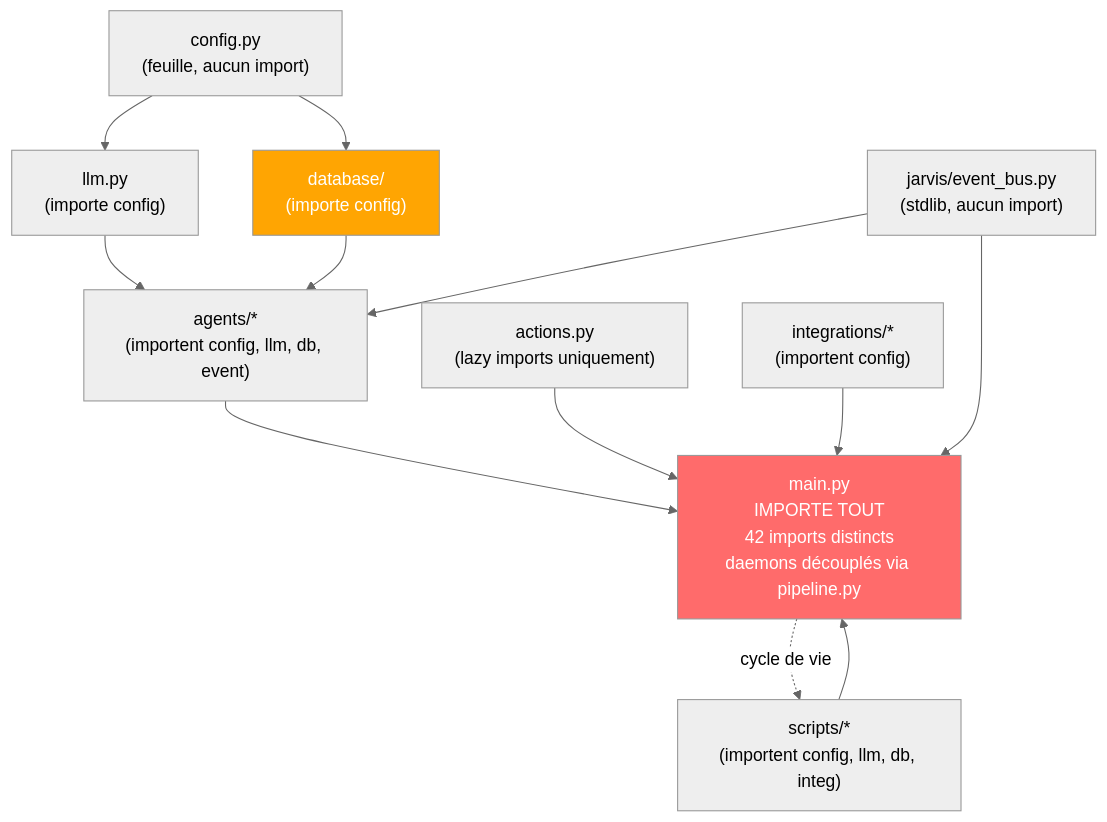
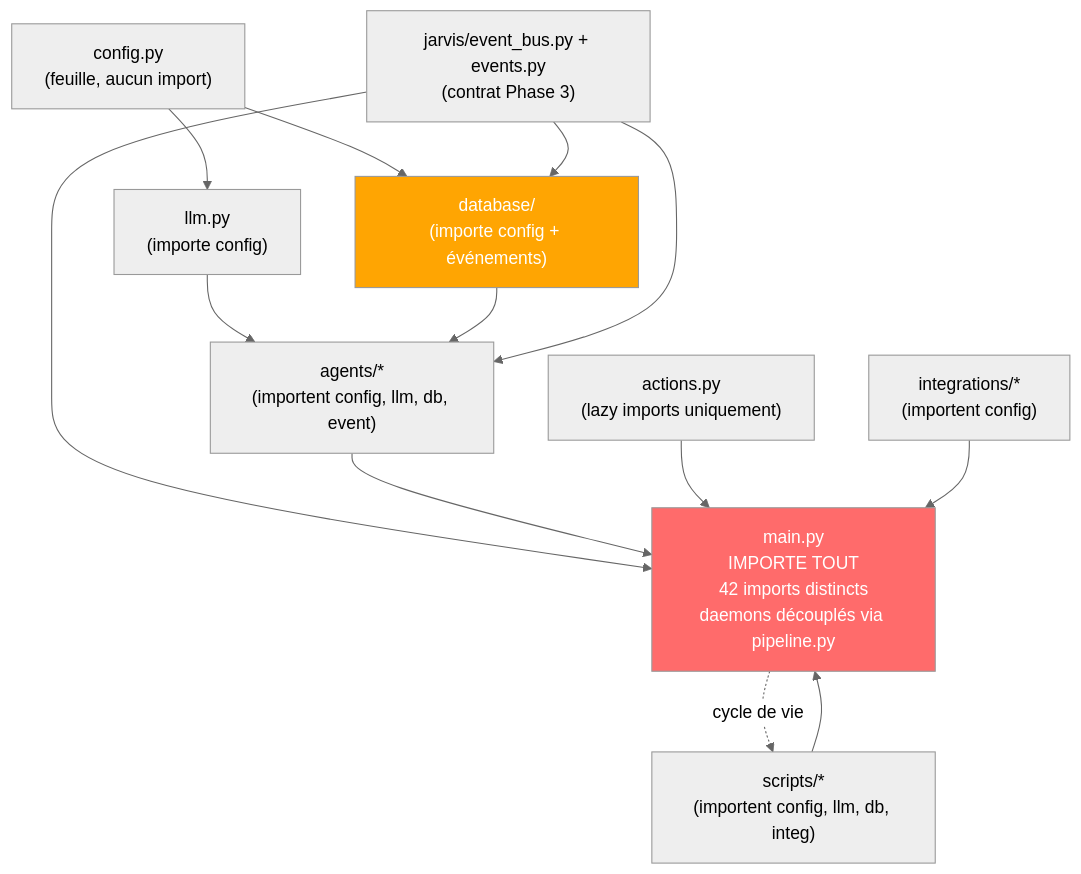
Before and after one commit to AVTAVANTTOUT2/JarvisAPI: the first of 5 diagrams in Architecture/01_CARTOGRAPHIE.md, drawn with Mermaid (neutral theme). The commit also changed other lines of this file and 21 other files, not shown here.

Commit message:
docs: close phase 3 event bus

````diff
--- a/Architecture/01_CARTOGRAPHIE.md
+++ b/Architecture/01_CARTOGRAPHIE.md
@@ -174,31 +180,32 @@
 ```mermaid
 graph TB
     CONFIG["config.py<br/>(feuille, aucun import)"]
     LLM["llm.py<br/>(importe config)"]
-    DB["database/<br/>(importe config)"]
-    EVENT["jarvis/event_bus.py<br/>(stdlib, aucun import)"]
+    DB["database/<br/>(importe config + événements)"]
+    EVENT["jarvis/event_bus.py + events.py<br/>(contrat Phase 3)"]
 
     AGENTS["agents/*<br/>(importent config, llm, db, event)"]
     ACTIONS["actions.py<br/>(lazy imports uniquement)"]
     INTEG["integrations/*<br/>(importent config)"]
     SCRIPTS["scripts/*<br/>(importent config, llm, db, integ)"]
 
     MAIN["main.py<br/>IMPORTE TOUT<br/>42 imports distincts<br/>daemons découplés via pipeline.py"]
 
     CONFIG --> LLM
     CONFIG --> DB
     LLM --> AGENTS
     DB --> AGENTS
     EVENT --> AGENTS
     EVENT --> MAIN
+    EVENT --> DB
 
     AGENTS --> MAIN
     ACTIONS --> MAIN
     INTEG --> MAIN
     SCRIPTS --> MAIN
 
     MAIN -.->|cycle de vie| SCRIPTS
 
     style MAIN fill:#ff6b6b,color:#fff
     style DB fill:#ffa502,color:#fff
 ```
````
